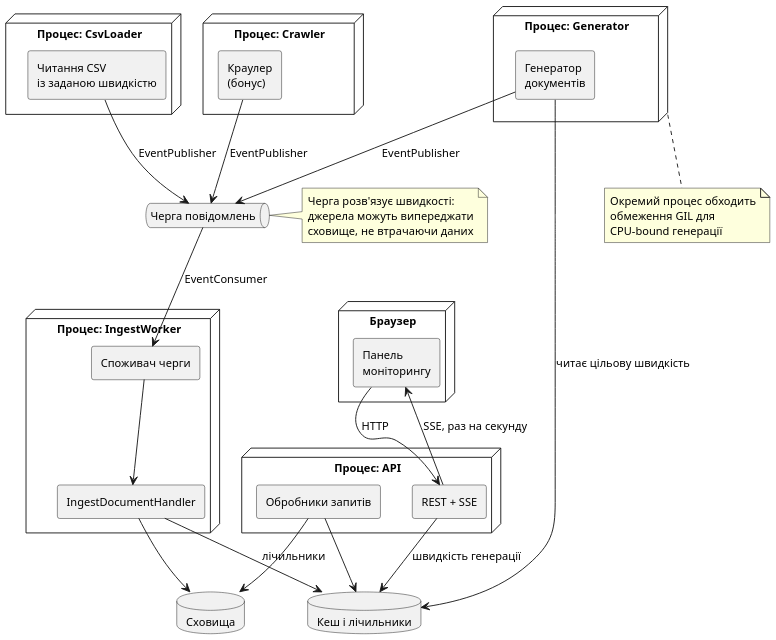
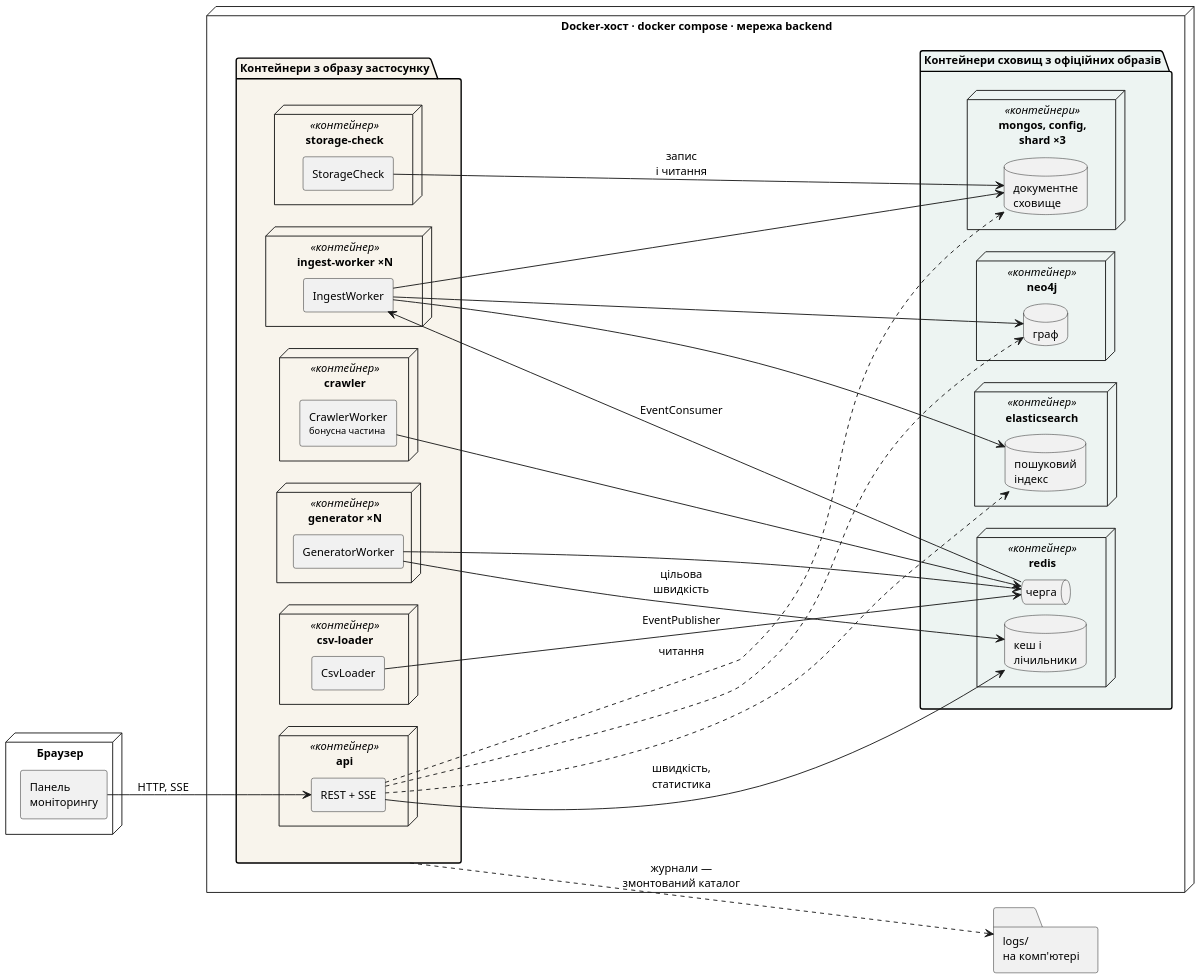
One commit to Oleksiiska/DB_coursework_D-D changed the fourth of 6 diagrams in docs/conceptual/arch.puml. Above: the diagram before and after it, drawn with PlantUML. The commit also changed other lines of this file and 31 other files, not shown here.

```diff
--- a/docs/conceptual/arch.puml
+++ b/docs/conceptual/arch.puml
@@ -206,64 +206,72 @@
 @startuml arch-04-processes
 skinparam backgroundColor white
 skinparam shadowing false
 skinparam dpi 150
+skinparam defaultFontSize 12
 skinparam componentStyle rectangle
-skinparam defaultFontSize 12
+skinparam nodesep 12
+skinparam ranksep 40
+left to right direction
 
 node "Браузер" as BR {
   component "Панель\nмоніторингу" as UI
 }
 
-node "Процес: API" as N1 {
-  component "REST + SSE" as API
-  component "Обробники запитів" as QH
+node "Docker-хост · docker compose · мережа backend" as HOST {
+  package "Контейнери з образу застосунку" as IMG #F8F4EC {
+    node "api" <<контейнер>> as C_API {
+      component "REST + SSE" as API
+    }
+    node "csv-loader" <<контейнер>> as C_CSV {
+      component "CsvLoader" as CSV
+    }
+    node "generator ×N" <<контейнер>> as C_GEN {
+      component "GeneratorWorker" as GEN
+    }
+    node "crawler" <<контейнер>> as C_CRW {
+      component "CrawlerWorker\n<size:10>бонусна частина</size>" as CRW
+    }
+    node "ingest-worker ×N" <<контейнер>> as C_ING {
+      component "IngestWorker" as ING
+    }
+    node "storage-check" <<контейнер>> as C_CHK {
+      component "StorageCheck" as CHK
+    }
+  }
+  package "Контейнери сховищ з офіційних образів" as STORES #EDF4F2 {
+    node "redis" <<контейнер>> as C_RED {
+      queue "черга" as MQ
+      database "кеш і\nлічильники" as RD
+    }
+    node "mongos, config,\nshard ×3" <<контейнери>> as C_MONGO {
+      database "документне\nсховище" as DB
+    }
+    node "elasticsearch" <<контейнер>> as C_ES {
+      database "пошуковий\nіндекс" as ES
+    }
+    node "neo4j" <<контейнер>> as C_NEO {
+      database "граф" as GR
+    }
+  }
 }
 
-node "Процес: CsvLoader" as N5 {
-  component "Читання CSV\nіз заданою швидкістю" as CSV
-}
+folder "logs/\nна комп'ютері" as LOGS
 
-node "Процес: Generator" as N2 {
-  component "Генератор\nдокументів" as GEN
-}
+UI --> API : HTTP, SSE
+CSV --> MQ : EventPublisher
+GEN --> MQ
+CRW --> MQ
+GEN --> RD : цільова\nшвидкість
+API --> RD : швидкість,\nстатистика
+ING <-- MQ : EventConsumer
+ING --> DB
+ING --> ES
+ING --> GR
+API ..> DB : читання
+API ..> ES
+API ..> GR
+CHK --> DB : запис\nі читання
+IMG ..> LOGS : журнали —\nзмонтований каталог
 
-node "Процес: Crawler" as N3 {
-  component "Краулер\n(бонус)" as CRW
-}
-
-node "Процес: IngestWorker" as N4 {
-  component "Споживач черги" as IW
-  component "IngestDocumentHandler" as BW
-}
-
-queue "Черга повідомлень" as MQ
-database "Сховища" as DB
-database "Кеш і лічильники" as RD
-
-UI --> API : HTTP
-API --> UI : SSE, раз на секунду
-API --> RD : швидкість генерації
-GEN --> RD : читає цільову швидкість
-CSV --> MQ : EventPublisher
-GEN --> MQ : EventPublisher
-CRW --> MQ : EventPublisher
-MQ --> IW : EventConsumer
-IW --> BW
-BW --> DB
-BW --> RD : лічильники
-QH --> DB
-QH --> RD
-
-note right of MQ
-  Черга розв'язує швидкості:
-  джерела можуть випереджати
-  сховище, не втрачаючи даних
-end note
-
-note bottom of N2
-  Окремий процес обходить
-  обмеження GIL для
-  CPU-bound генерації
-end note
 
 @enduml
```
